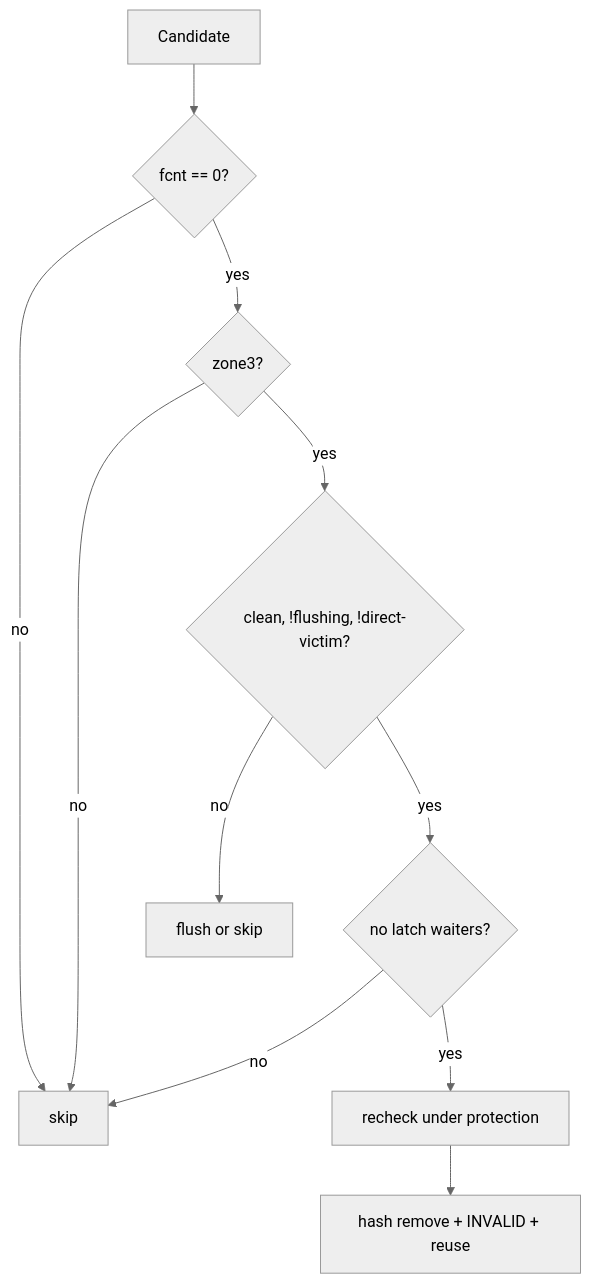
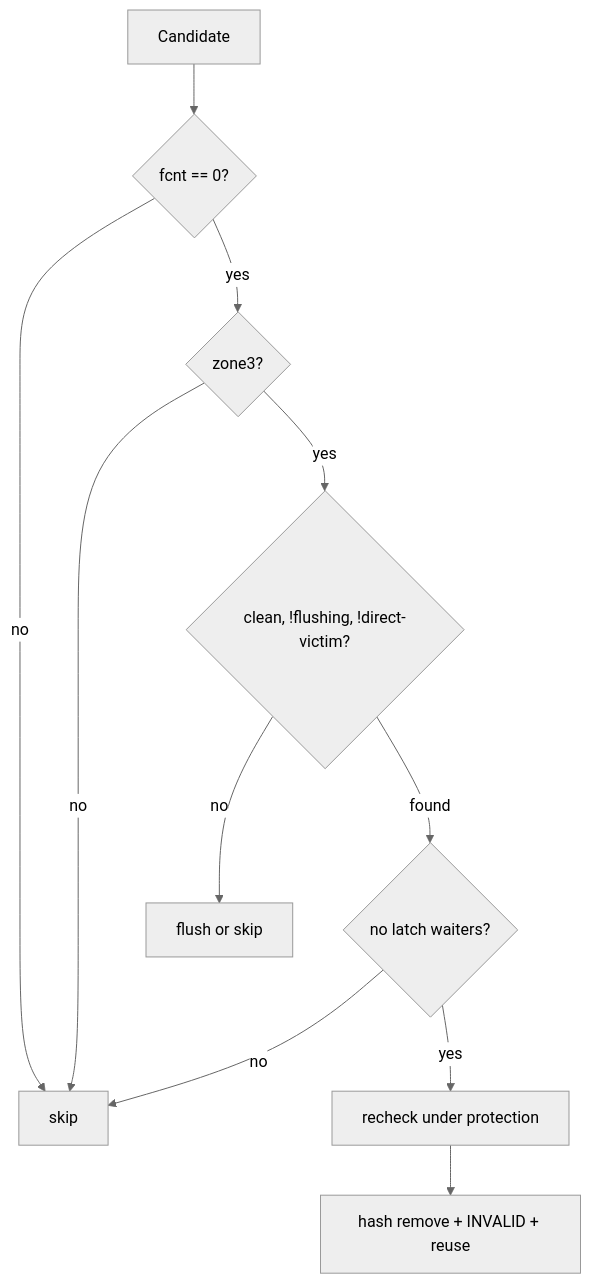
One commit to vimkim/my-cubrid-docs changed the eighth of 8 diagrams in code-analysis/page-buffer-subsystem-centered-on-the-complete-lifecycle-and-cal/f799e05_codex/notion/page-buffer-guide.md. Above: the diagram before and after it, drawn with Mermaid (neutral theme). The commit also changed other lines of this file and 8 other files, not shown here.

````diff
--- a/code-analysis/page-buffer-subsystem-centered-on-the-complete-lifecycle-and-cal/f799e05_codex/notion/page-buffer-guide.md
+++ b/code-analysis/page-buffer-subsystem-centered-on-the-complete-lifecycle-and-cal/f799e05_codex/notion/page-buffer-guide.md
@@ -265,13 +288,13 @@
 ```mermaid
 flowchart TD
   C[Candidate] --> F{fcnt == 0?}
   F -- no --> S[skip]
   F -- yes --> Z{zone3?}
   Z -- no --> S
   Z -- yes --> D{clean, !flushing, !direct-victim?}
   D -- no --> Q[flush or skip]
-  D -- yes --> W{no latch waiters?}
+  D -- found --> W{no latch waiters?}
   W -- no --> S
   W -- yes --> R[recheck under protection]
   R --> E[hash remove + INVALID + reuse]
 ```
````
